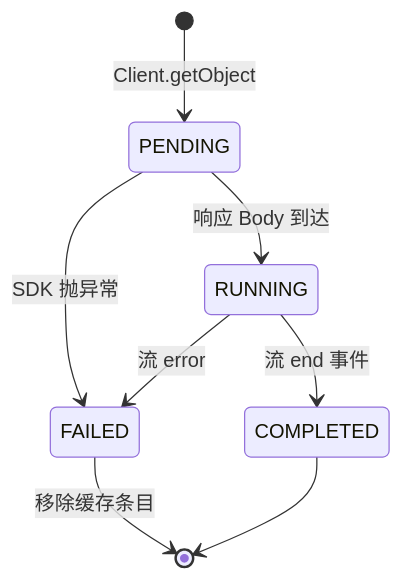
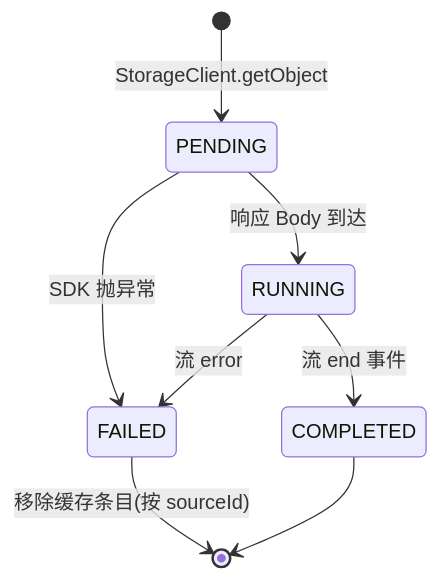
Before and after one commit to gavinzmq/obsidian-plugin-s3-link: the third of 4 diagrams in .arcmesh/system-repo/architecture.md, drawn with Mermaid. The commit also changed other lines of this file and 29 other files, not shown here.

````diff
--- a/.arcmesh/system-repo/architecture.md
+++ b/.arcmesh/system-repo/architecture.md
@@ -243,10 +226,10 @@
 ```mermaid
 stateDiagram-v2
-    [*] --> PENDING : Client.getObject
+    [*] --> PENDING : StorageClient.getObject
     PENDING --> RUNNING : 响应 Body 到达
     RUNNING --> COMPLETED : 流 end 事件
     PENDING --> FAILED : SDK 抛异常
     RUNNING --> FAILED : 流 error
-    FAILED --> [*] : 移除缓存条目
+    FAILED --> [*] : 移除缓存条目(按 sourceId)
     COMPLETED --> [*]
 ```
````
